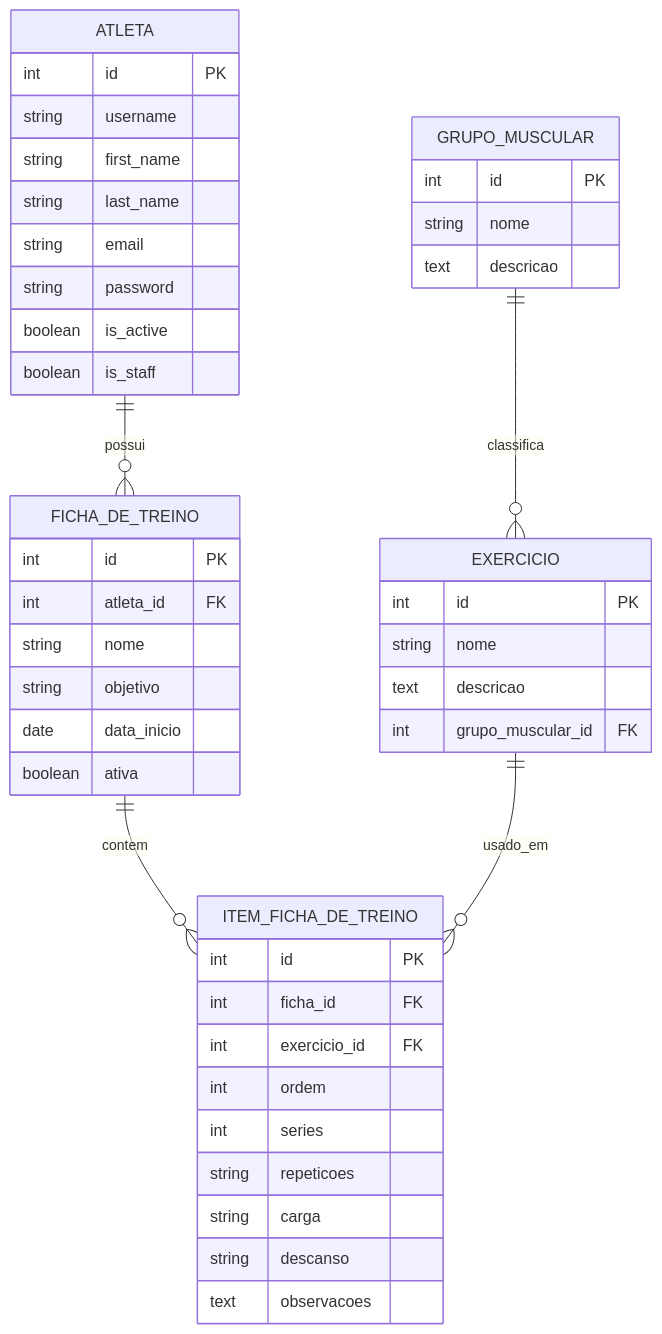
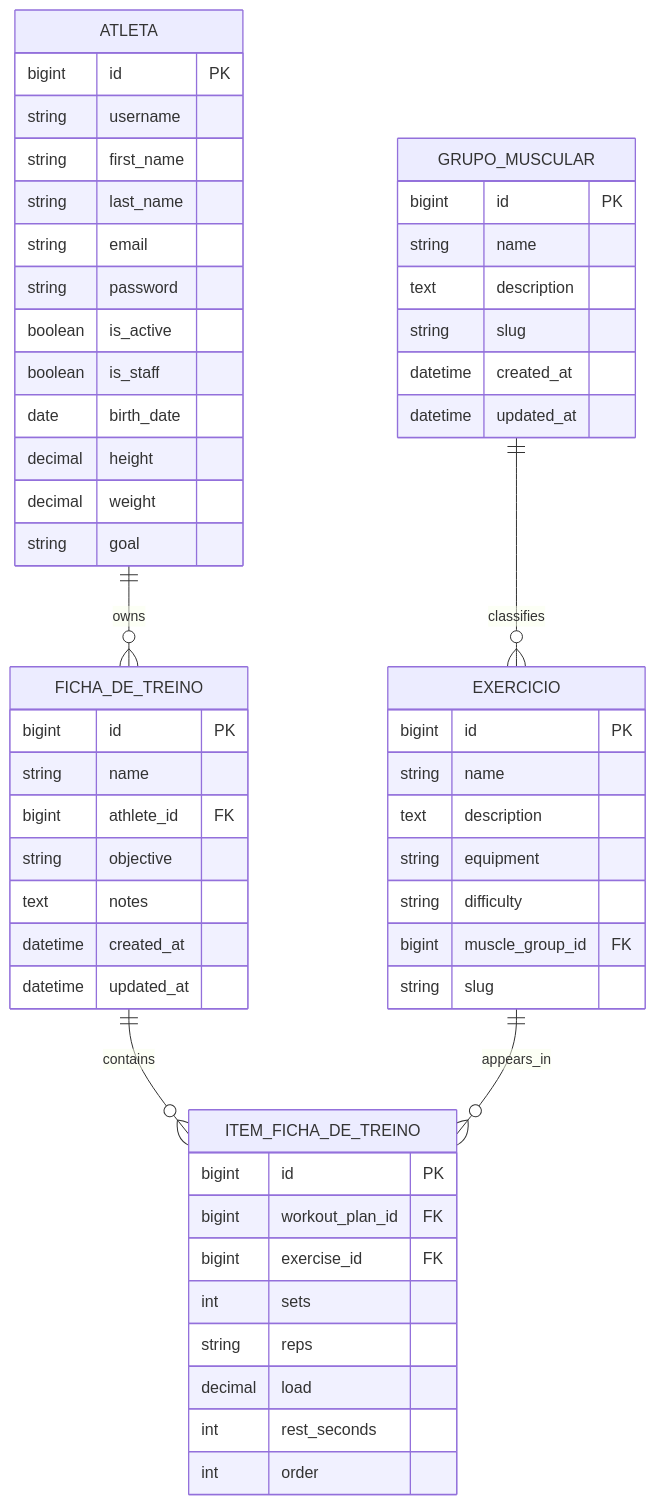
One commit to Luanzzzz/Gym-Tracker changed the diagram in docs/database/ER_DIAGRAM.md. Above: the diagram before and after it, drawn with Mermaid. The commit also changed other lines of this file and 1 other file, not shown here.

Commit message:
docs: add database ER diagram

````diff
--- a/docs/database/ER_DIAGRAM.md
+++ b/docs/database/ER_DIAGRAM.md
@@ -105,52 +111,62 @@
 ```mermaid
 erDiagram
-    ATLETA ||--o{ FICHA_DE_TREINO : possui
-    GRUPO_MUSCULAR ||--o{ EXERCICIO : classifica
-    FICHA_DE_TREINO ||--o{ ITEM_FICHA_DE_TREINO : contem
-    EXERCICIO ||--o{ ITEM_FICHA_DE_TREINO : usado_em
+    ATLETA ||--o{ FICHA_DE_TREINO : owns
+    GRUPO_MUSCULAR ||--o{ EXERCICIO : classifies
+    FICHA_DE_TREINO ||--o{ ITEM_FICHA_DE_TREINO : contains
+    EXERCICIO ||--o{ ITEM_FICHA_DE_TREINO : appears_in
 
     ATLETA {
-        int id PK
+        bigint id PK
         string username
         string first_name
         string last_name
         string email
         string password
         boolean is_active
         boolean is_staff
+        date birth_date
+        decimal height
+        decimal weight
+        string goal
     }
 
     GRUPO_MUSCULAR {
-        int id PK
-        string nome
-        text descricao
+        bigint id PK
+        string name
+        text description
+        string slug
+        datetime created_at
+        datetime updated_at
     }
 
     EXERCICIO {
-        int id PK
-        string nome
-        text descricao
-        int grupo_muscular_id FK
+        bigint id PK
+        string name
+        text description
+        string equipment
+        string difficulty
+        bigint muscle_group_id FK
+        string slug
     }
 
     FICHA_DE_TREINO {
-        int id PK
-        int atleta_id FK
-        string nome
-        string objetivo
-        date data_inicio
-        boolean ativa
+        bigint id PK
+        string name
+        bigint athlete_id FK
+        string objective
+        text notes
+        datetime created_at
+        datetime updated_at
     }
 
     ITEM_FICHA_DE_TREINO {
-        int id PK
-        int ficha_id FK
-        int exercicio_id FK
-        int ordem
-        int series
-        string repeticoes
-        string carga
-        string descanso
-        text observacoes
+        bigint id PK
+        bigint workout_plan_id FK
+        bigint exercise_id FK
+        int sets
+        string reps
+        decimal load
+        int rest_seconds
+        int order
     }
 ```
````
